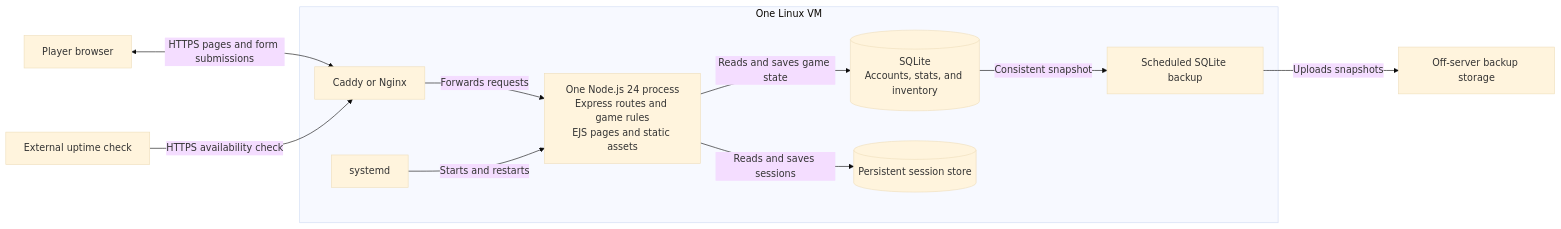
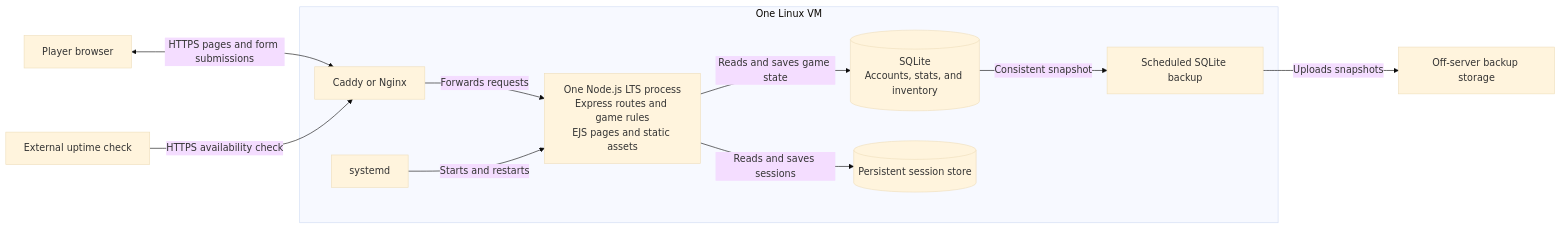
The diagram in docs/launch-architecture.md (damenend/drevan), drawn with Mermaid (base theme) before and after one commit. The commit also changed 5 other files, not shown here.

First line of the commit message:
feat: add dependency updater with Node LTS support

````diff
--- a/docs/launch-architecture.md
+++ b/docs/launch-architecture.md
@@ -5,25 +5,25 @@
 ```mermaid
 flowchart LR
     Player["Player browser"]
     Monitor["External uptime check"]
     Backups["Off-server backup storage"]
 
     subgraph VM["One Linux VM"]
         Proxy["Caddy or Nginx"]
         Service["systemd"]
-        App["One Node.js 24 process<br/>Express routes and game rules<br/>EJS pages and static assets"]
+        App["One Node.js LTS process<br/>Express routes and game rules<br/>EJS pages and static assets"]
         GameDB[("SQLite<br/>Accounts, stats, and inventory")]
         Sessions[("Persistent session store")]
         BackupJob["Scheduled SQLite backup"]
 
         Proxy -->|"Forwards requests"| App
         Service -->|"Starts and restarts"| App
         App -->|"Reads and saves game state"| GameDB
         App -->|"Reads and saves sessions"| Sessions
         GameDB -->|"Consistent snapshot"| BackupJob
     end
 
     Player <-->|"HTTPS pages and form submissions"| Proxy
     Monitor -->|"HTTPS availability check"| Proxy
     BackupJob -->|"Uploads snapshots"| Backups
 ```
````
